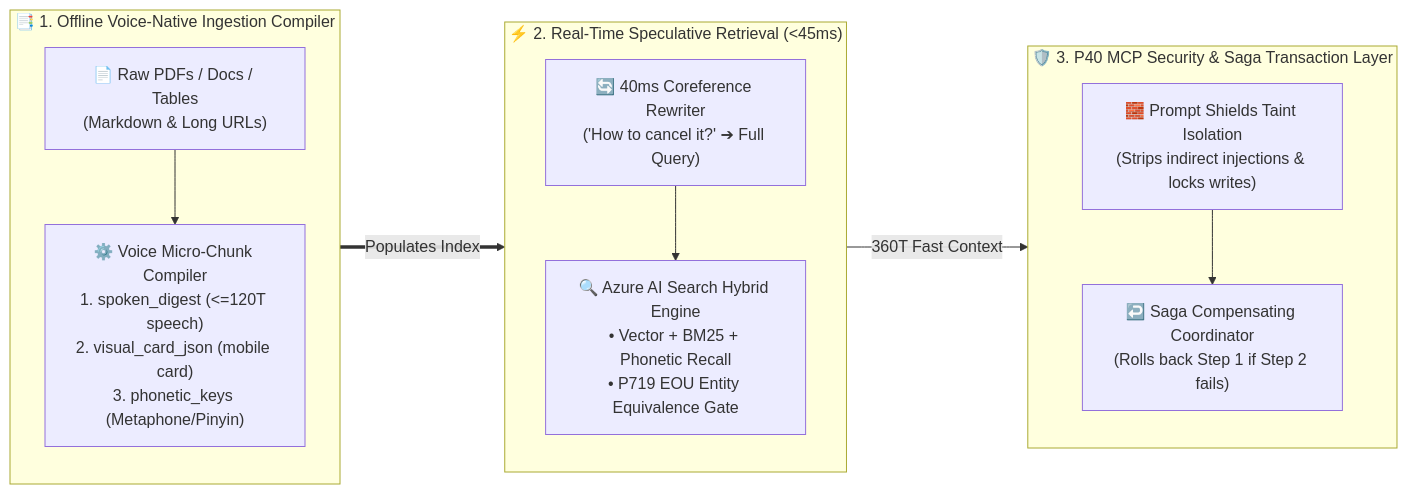
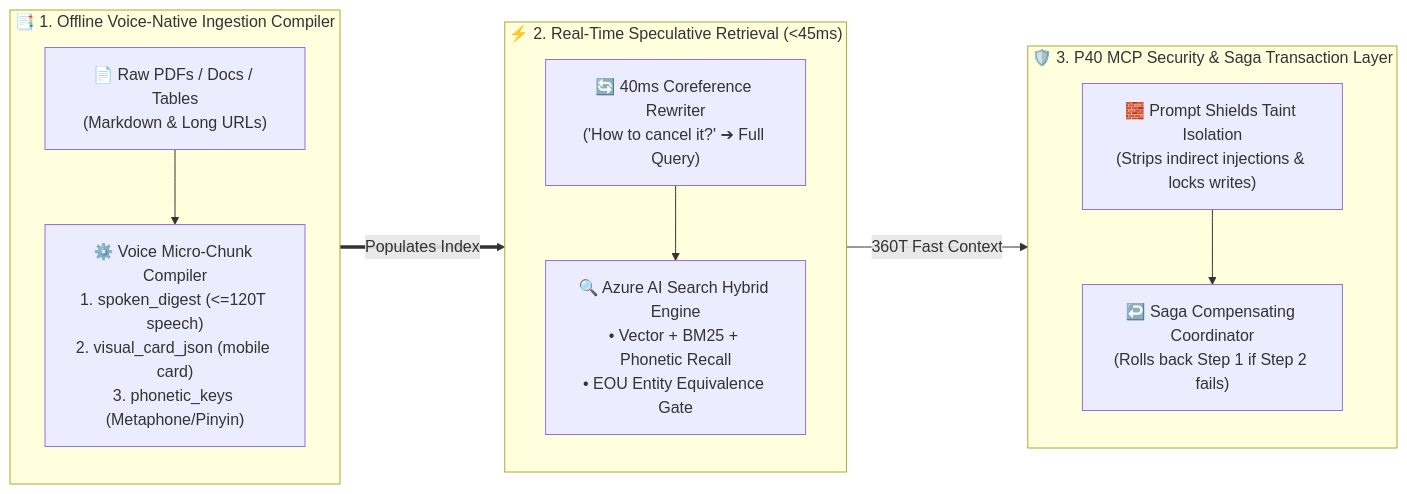
Before and after one commit to turbo998/voice-agent-lab: the second of 3 diagrams in docs/enterprise-voice-rag-knowledge-graph-mcp-tool-security-selection-faq.en.md, drawn with Mermaid. The commit also changed other lines of this file and 715 other files, not shown here.

````diff
--- a/docs/enterprise-voice-rag-knowledge-graph-mcp-tool-security-selection-faq.en.md
+++ b/docs/enterprise-voice-rag-knowledge-graph-mcp-tool-security-selection-faq.en.md
@@ -87,26 +87,26 @@
 ```mermaid
 flowchart LR
-    subgraph DocIngest["📑 1. Offline Voice-Native Ingestion Compiler"]
-        direction TB
-        RawPDF["📄 Raw PDFs / Docs / Tables<br/>(Markdown & Long URLs)"]
-        Compiler["⚙️ Voice Micro-Chunk Compiler<br/>1. spoken_digest (<=120T speech)<br/>2. visual_card_json (mobile card)<br/>3. phonetic_keys (Metaphone/Pinyin)"]
-        RawPDF --> Compiler
-    end
+ subgraph DocIngest["📑 1. Offline Voice-Native Ingestion Compiler"]
+ direction TB
+ RawPDF["📄 Raw PDFs / Docs / Tables<br/>(Markdown & Long URLs)"]
+ Compiler["⚙️ Voice Micro-Chunk Compiler<br/>1. spoken_digest (<=120T speech)<br/>2. visual_card_json (mobile card)<br/>3. phonetic_keys (Metaphone/Pinyin)"]
+ RawPDF --> Compiler
+ end
 
-    subgraph RuntimeRAG["⚡ 2. Real-Time Speculative Retrieval (<45ms)"]
-        direction TB
-        Rewriter["🔄 40ms Coreference Rewriter<br/>('How to cancel it?' ➔ Full Query)"]
-        AISearch["🔍 Azure AI Search Hybrid Engine<br/>• Vector + BM25 + Phonetic Recall<br/>• P719 EOU Entity Equivalence Gate"]
-        Rewriter --> AISearch
-    end
+ subgraph RuntimeRAG["⚡ 2. Real-Time Speculative Retrieval (<45ms)"]
+ direction TB
+ Rewriter["🔄 40ms Coreference Rewriter<br/>('How to cancel it?' ➔ Full Query)"]
+ AISearch["🔍 Azure AI Search Hybrid Engine<br/>• Vector + BM25 + Phonetic Recall<br/>• EOU Entity Equivalence Gate"]
+ Rewriter --> AISearch
+ end
 
-    subgraph McpGuard["🛡️ 3. P40 MCP Security & Saga Transaction Layer"]
-        direction TB
-        Shield["🧱 Prompt Shields Taint Isolation<br/>(Strips indirect injections & locks writes)"]
-        Saga["↩️ Saga Compensating Coordinator<br/>(Rolls back Step 1 if Step 2 fails)"]
-        Shield --> Saga
-    end
+ subgraph McpGuard["🛡️ 3. P40 MCP Security & Saga Transaction Layer"]
+ direction TB
+ Shield["🧱 Prompt Shields Taint Isolation<br/>(Strips indirect injections & locks writes)"]
+ Saga["↩️ Saga Compensating Coordinator<br/>(Rolls back Step 1 if Step 2 fails)"]
+ Shield --> Saga
+ end
 
-    Compiler ==>|"Populates Index"| AISearch
-    AISearch -->|"360T Fast Context"| McpGuard
+ Compiler ==>|"Populates Index"| AISearch
+ AISearch -->|"360T Fast Context"| McpGuard
 ```
````
